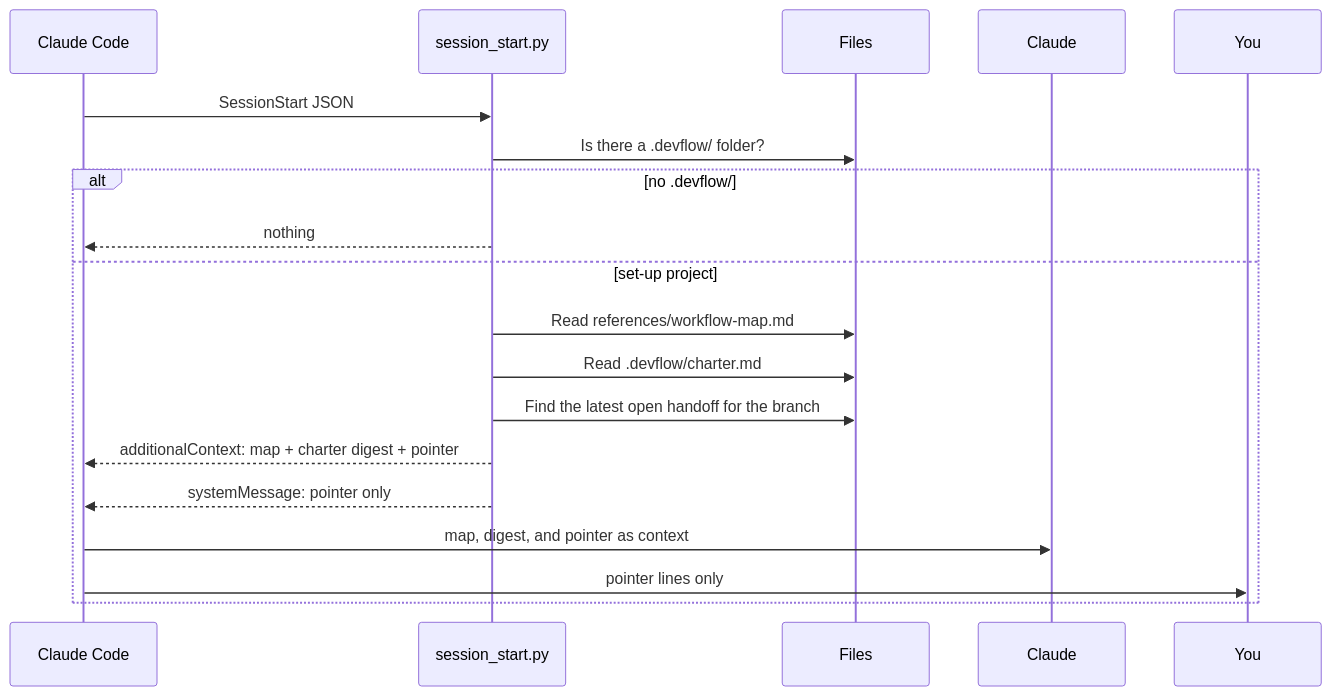
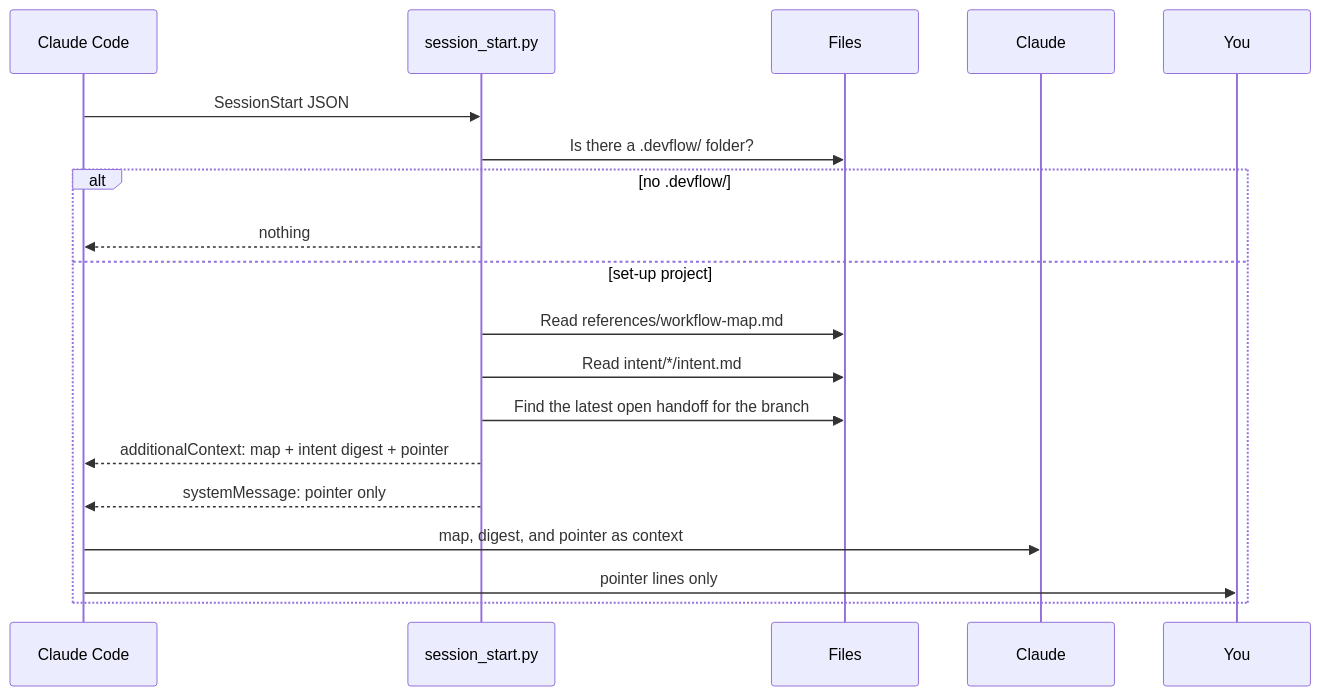
Before and after one commit to sdevikar/sdlc-tools: the fifth of 11 diagrams in devflow/README.md, drawn with Mermaid. The commit also changed other lines of this file and 13 other files, not shown here.

First line of the commit message:
feat(devflow): replace the charter with the playbook's intent.md

````diff
--- a/devflow/README.md
+++ b/devflow/README.md
@@ -184,21 +183,21 @@
 ```mermaid
 sequenceDiagram
     participant CC as Claude Code
     participant H as session_start.py
     participant F as Files
     participant C as Claude
     participant U as You
     CC->>H: SessionStart JSON
     H->>F: Is there a .devflow/ folder?
     alt no .devflow/
         H-->>CC: nothing
     else set-up project
         H->>F: Read references/workflow-map.md
-        H->>F: Read .devflow/charter.md
+        H->>F: Read intent/*/intent.md
         H->>F: Find the latest open handoff for the branch
-        H-->>CC: additionalContext: map + charter digest + pointer
+        H-->>CC: additionalContext: map + intent digest + pointer
         H-->>CC: systemMessage: pointer only
         CC->>C: map, digest, and pointer as context
         CC->>U: pointer lines only
     end
 ```
````
